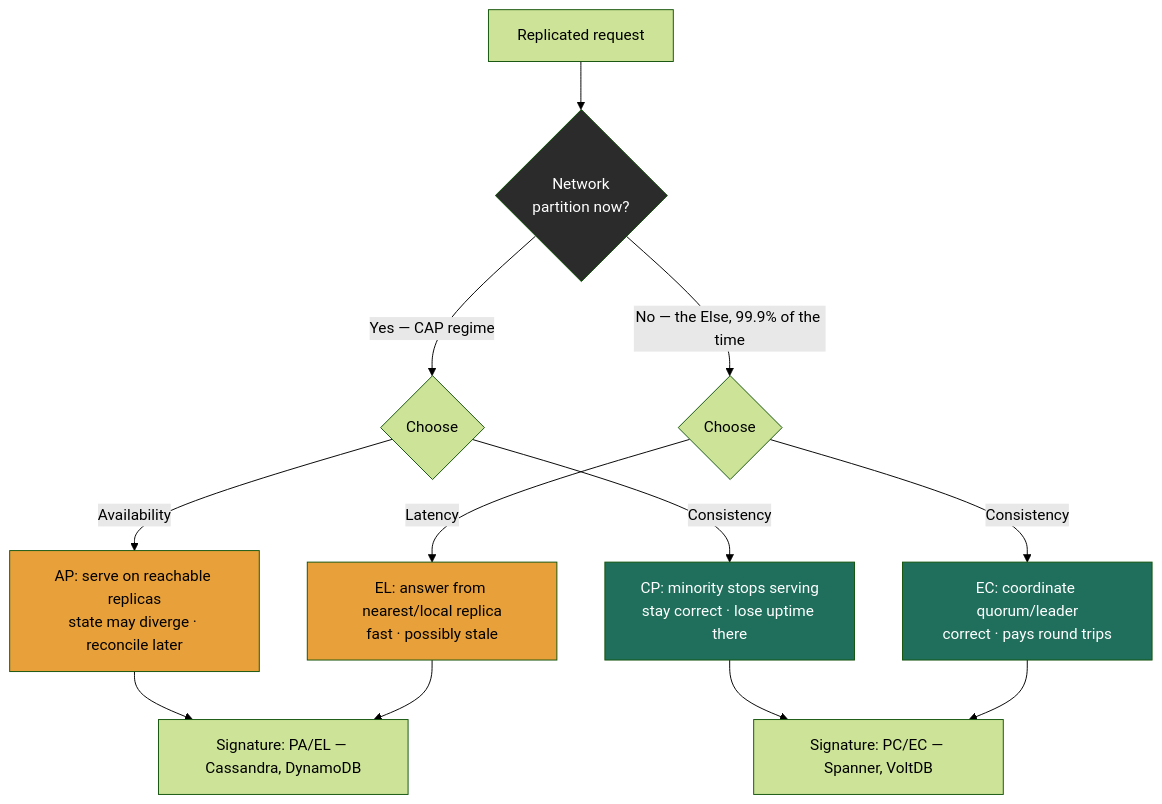
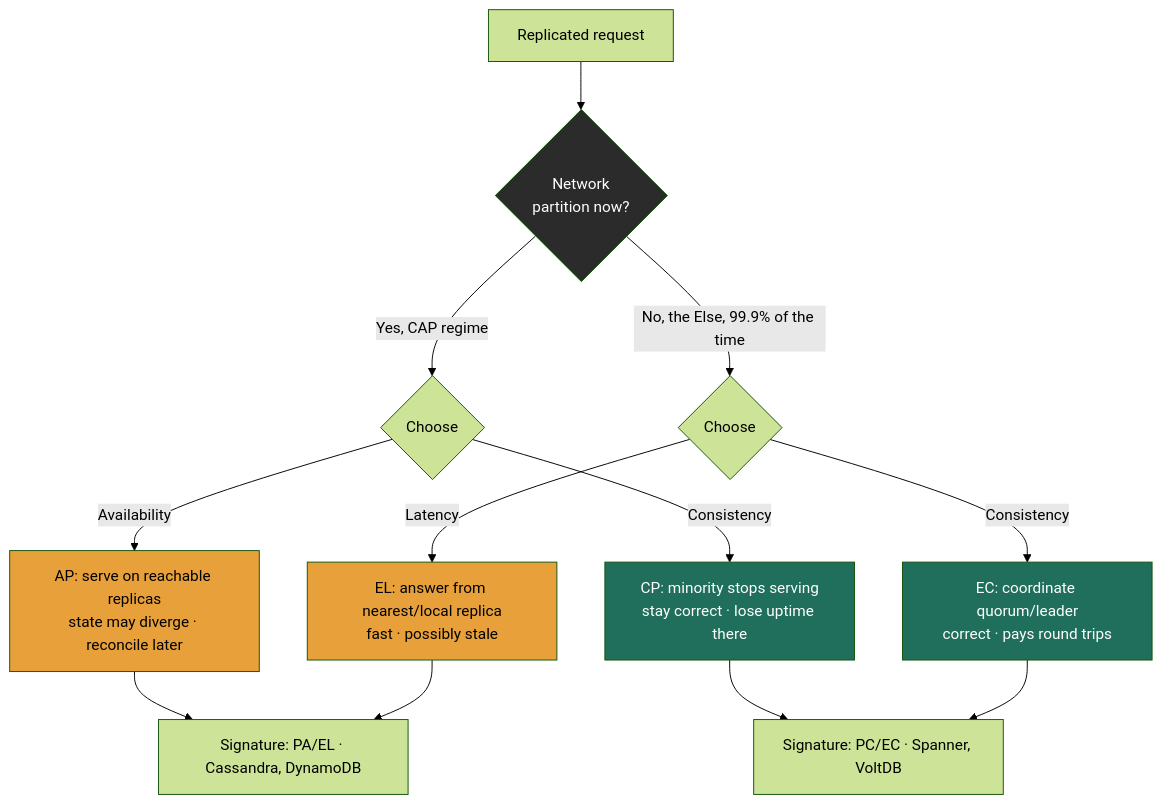
The diagram in src/content/docs/module-2/lesson-2-7.mdx (hkrathore/sysdesign-course), drawn with Mermaid (forest theme) before and after one commit. The commit also changed other lines of this file and 10 other files, not shown here.

````diff
--- a/src/content/docs/module-2/lesson-2-7.mdx
+++ b/src/content/docs/module-2/lesson-2-7.mdx
@@ -74,19 +74,19 @@
 ```mermaid
 flowchart TD
     START[Replicated request] --> P{Network<br/>partition now?}
-    P -->|Yes — CAP regime| AC{Choose}
+    P -->|Yes, CAP regime| AC{Choose}
     AC -->|Availability| AP[AP: serve on reachable replicas<br/>state may diverge · reconcile later]
     AC -->|Consistency| CP[CP: minority stops serving<br/>stay correct · lose uptime there]
-    P -->|No — the Else, 99.9% of the time| LC{Choose}
+    P -->|No, the Else, 99.9% of the time| LC{Choose}
     LC -->|Latency| EL[EL: answer from nearest/local replica<br/>fast · possibly stale]
     LC -->|Consistency| EC[EC: coordinate quorum/leader<br/>correct · pays round trips]
-    AP --> SIGA[Signature: PA/EL — Cassandra, DynamoDB]
+    AP --> SIGA[Signature: PA/EL · Cassandra, DynamoDB]
     EL --> SIGA
-    CP --> SIGB[Signature: PC/EC — Spanner, VoltDB]
+    CP --> SIGB[Signature: PC/EC · Spanner, VoltDB]
     EC --> SIGB
     style AP fill:#e8a13a,color:#000
     style EL fill:#e8a13a,color:#000
     style CP fill:#1f6f5c,color:#fff
     style EC fill:#1f6f5c,color:#fff
     style P fill:#2b2b2b,color:#fff
 ```
````
